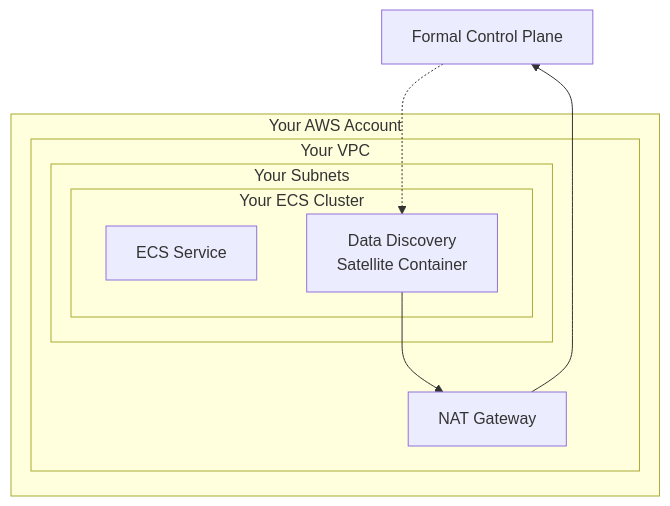
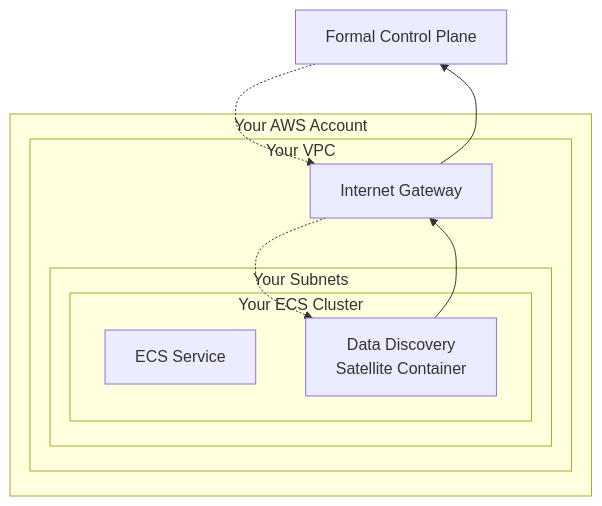
The diagram in examples/deployments/aws/data-discovery-satellite/README.md (formalco/terraform-provider-formal), drawn with Mermaid before and after one commit. The commit also changed other lines of this file, not shown here.

````diff
--- a/examples/deployments/aws/data-discovery-satellite/README.md
+++ b/examples/deployments/aws/data-discovery-satellite/README.md
@@ -95,20 +101,21 @@
 ```mermaid
 flowchart TB
     FormalCP[Formal Control Plane]
 
     subgraph AWS ["Your AWS Account"]
         subgraph VPC ["Your VPC"]
-            subgraph PrivateSub ["Your Subnets"]
+            IGW[Internet Gateway]
+            subgraph Subnets ["Your Subnets"]
                 subgraph Cluster ["Your ECS Cluster"]
                     ECS[ECS Service]
                     Container[Data Discovery<br/>Satellite Container]
                 end
             end
-            NAT[NAT Gateway]
         end
     end
 
-    Container --> NAT
-    NAT --> FormalCP
-    FormalCP -.-> Container
+    Container --> IGW
+    IGW --> FormalCP
+    FormalCP -.-> IGW
+    IGW -.-> Container
 ```
````
